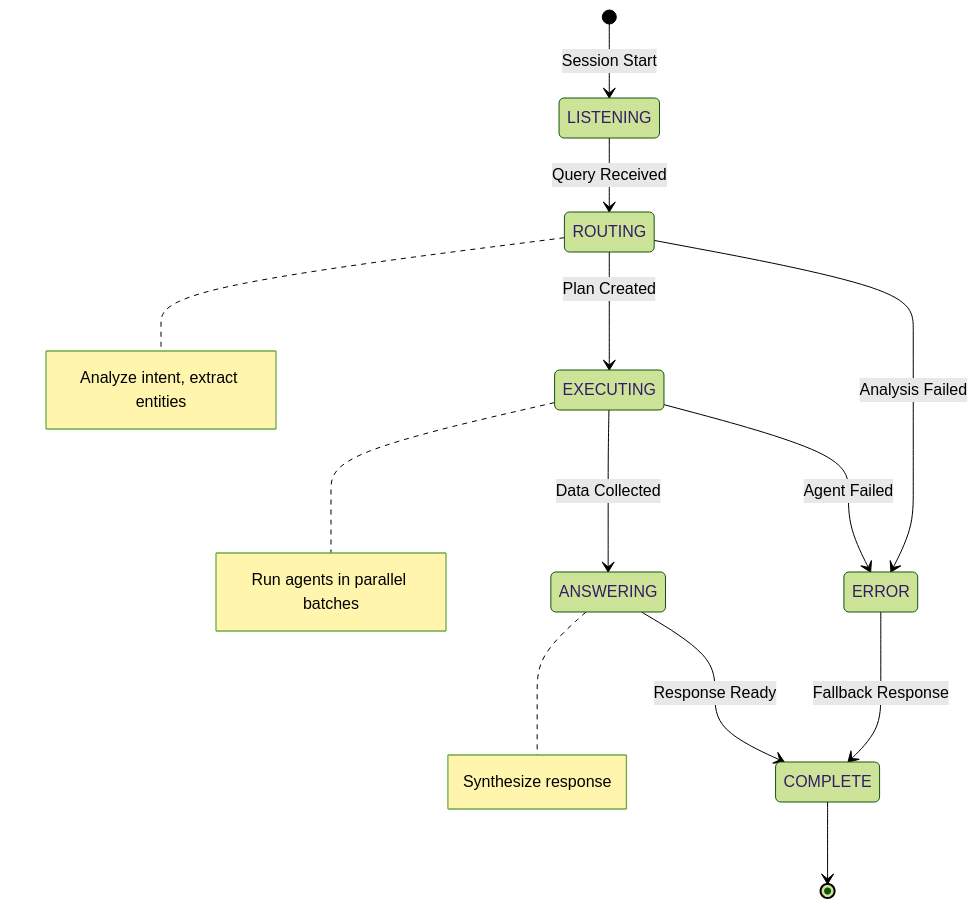
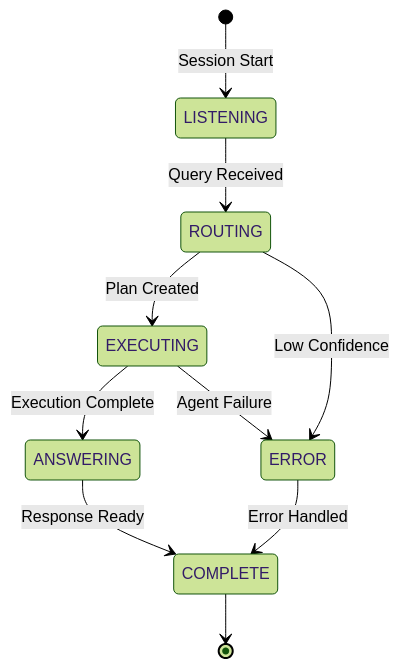
Before and after one commit to 01Vishwa/Multi-Agent-Orchestrator: the second of 5 diagrams in docs/architecture.md, drawn with Mermaid (forest theme). The commit also changed other lines of this file and 5 other files, not shown here.

````diff
--- a/docs/architecture.md
+++ b/docs/architecture.md
@@ -76,21 +51,12 @@
 ```mermaid
 stateDiagram-v2
     [*] --> LISTENING: Session Start
-    
     LISTENING --> ROUTING: Query Received
-    note right of ROUTING: Analyze intent, extract entities
-    
     ROUTING --> EXECUTING: Plan Created
-    note right of EXECUTING: Run agents in parallel batches
-    
-    EXECUTING --> ANSWERING: Data Collected
-    note right of ANSWERING: Synthesize response
-    
+    ROUTING --> ERROR: Low Confidence
+    EXECUTING --> ANSWERING: Execution Complete
+    EXECUTING --> ERROR: Agent Failure
     ANSWERING --> COMPLETE: Response Ready
-    
-    ROUTING --> ERROR: Analysis Failed
-    EXECUTING --> ERROR: Agent Failed
-    ERROR --> COMPLETE: Fallback Response
-    
+    ERROR --> COMPLETE: Error Handled
     COMPLETE --> [*]
 ```
````
